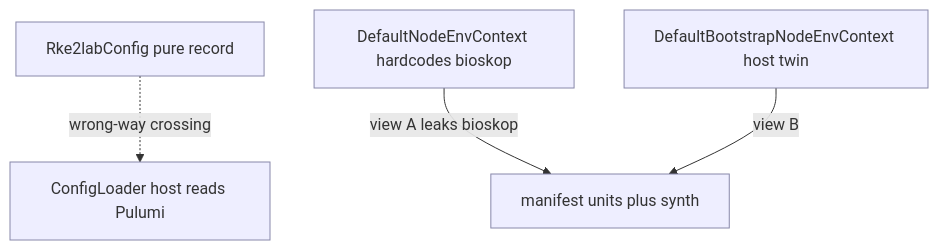
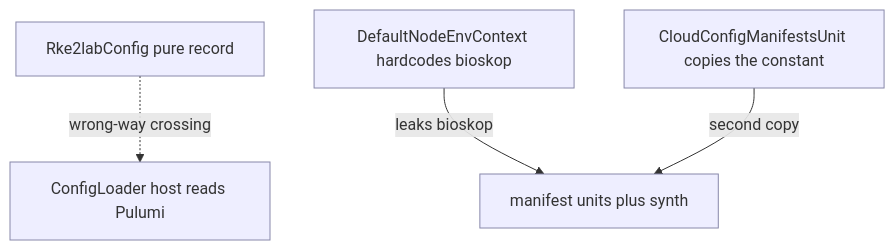
Before and after one commit to nxmatic/rke2lab: the third of 4 diagrams in docs/architecture/atlas/config.adoc, drawn with Mermaid. The commit also changed other lines of this file and 4 other files, not shown here.

```diff
--- a/docs/architecture/atlas/config.adoc
+++ b/docs/architecture/atlas/config.adoc
@@ -106,14 +109,14 @@
 [mermaid]
 ....
 flowchart TB
   rke2["Rke2labConfig pure record"]
   loader["ConfigLoader host reads Pulumi"]
   dne["DefaultNodeEnvContext hardcodes bioskop"]
-  dbn["DefaultBootstrapNodeEnvContext host twin"]
+  cc["CloudConfigManifestsUnit copies the constant"]
   units["manifest units plus synth"]
   rke2 -.->|wrong-way crossing| loader
-  dne -->|view A leaks bioskop| units
-  dbn -->|view B| units
+  dne -->|leaks bioskop| units
+  cc -->|second copy| units
   classDef built fill:#eef,stroke:#88a,stroke-width:1px;
-  class rke2,loader,dne,dbn,units built;
+  class rke2,loader,dne,cc,units built;
 ....
```
